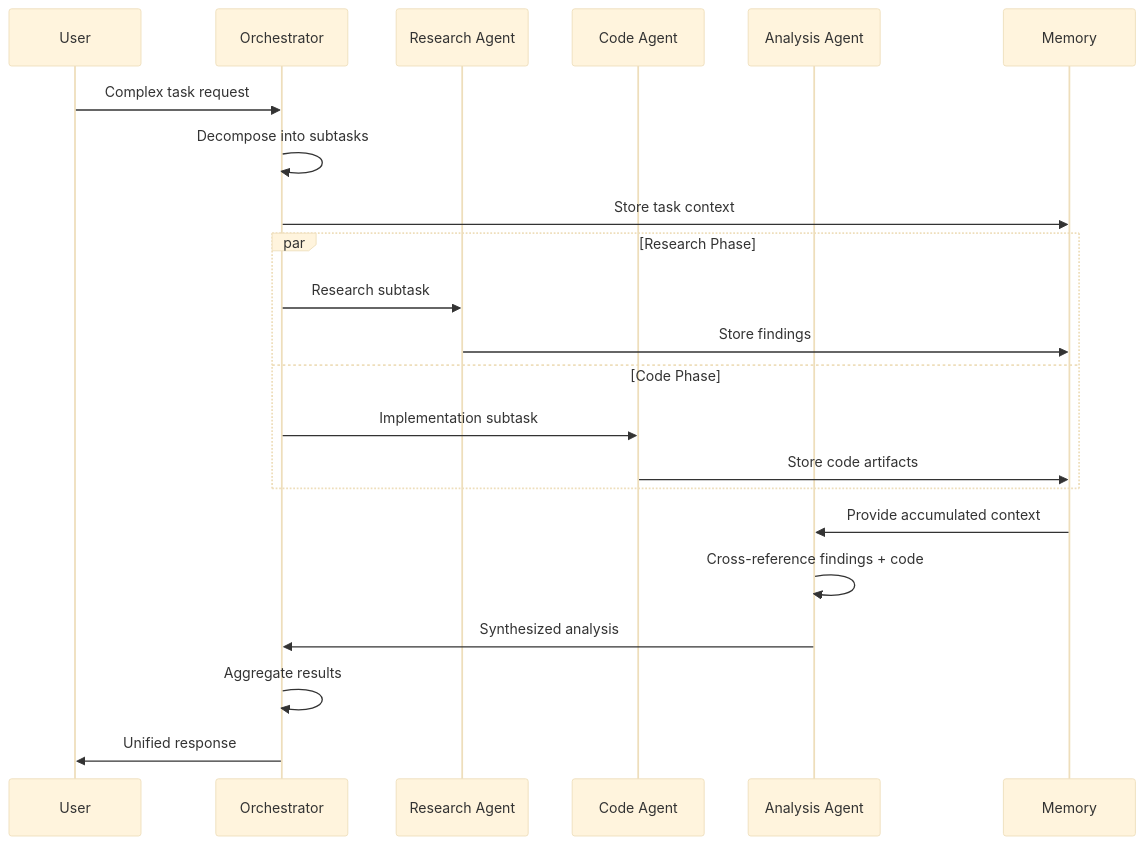
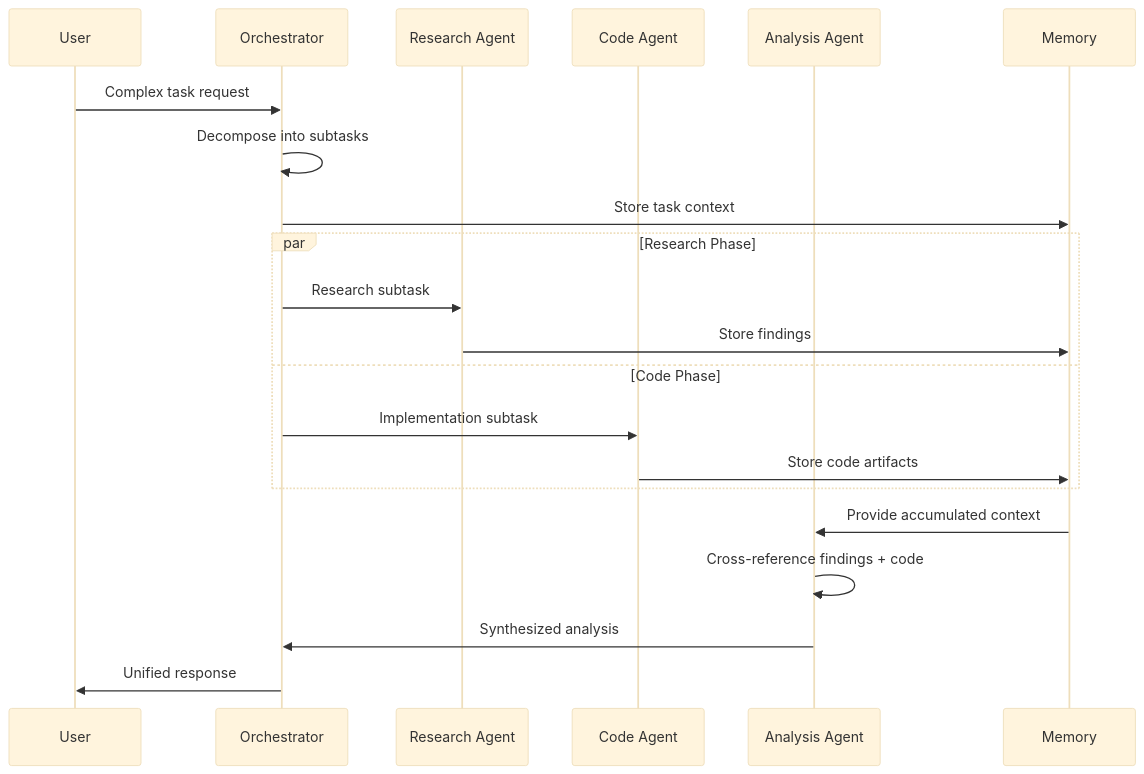
One commit to Ladas/MarkdownViewer changed the second of 7 diagrams in Tests/fixtures/agi-hive-mind-research.md. Above: the diagram before and after it, drawn with Mermaid (base theme). The commit also changed other lines of this file and 1 other file, not shown here.

````diff
--- a/Tests/fixtures/agi-hive-mind-research.md
+++ b/Tests/fixtures/agi-hive-mind-research.md
@@ -110,28 +103,26 @@
 ```mermaid
 sequenceDiagram
     participant U as User
     participant O as Orchestrator
     participant R as Research Agent
     participant C as Code Agent
     participant A as Analysis Agent
     participant M as Memory
 
     U->>O: Complex task request
     O->>O: Decompose into subtasks
     O->>M: Store task context
 
     par Research Phase
         O->>R: Research subtask
         R->>M: Store findings
     and Code Phase
         O->>C: Implementation subtask
         C->>M: Store code artifacts
     end
 
     M->>A: Provide accumulated context
     A->>A: Cross-reference findings + code
     A->>O: Synthesized analysis
-
-    O->>O: Aggregate results
     O->>U: Unified response
 ```
````
